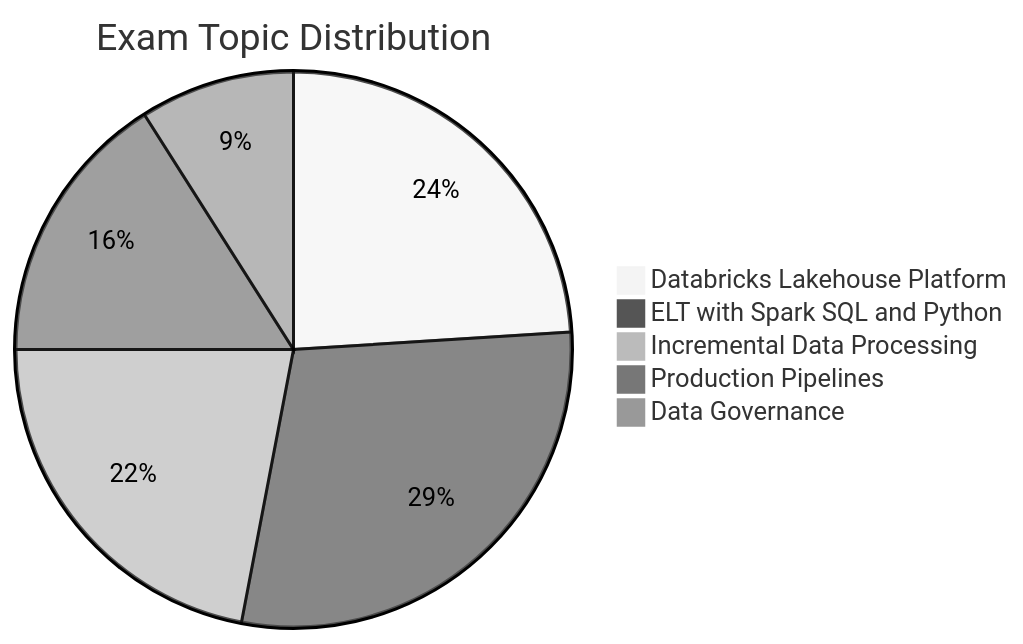
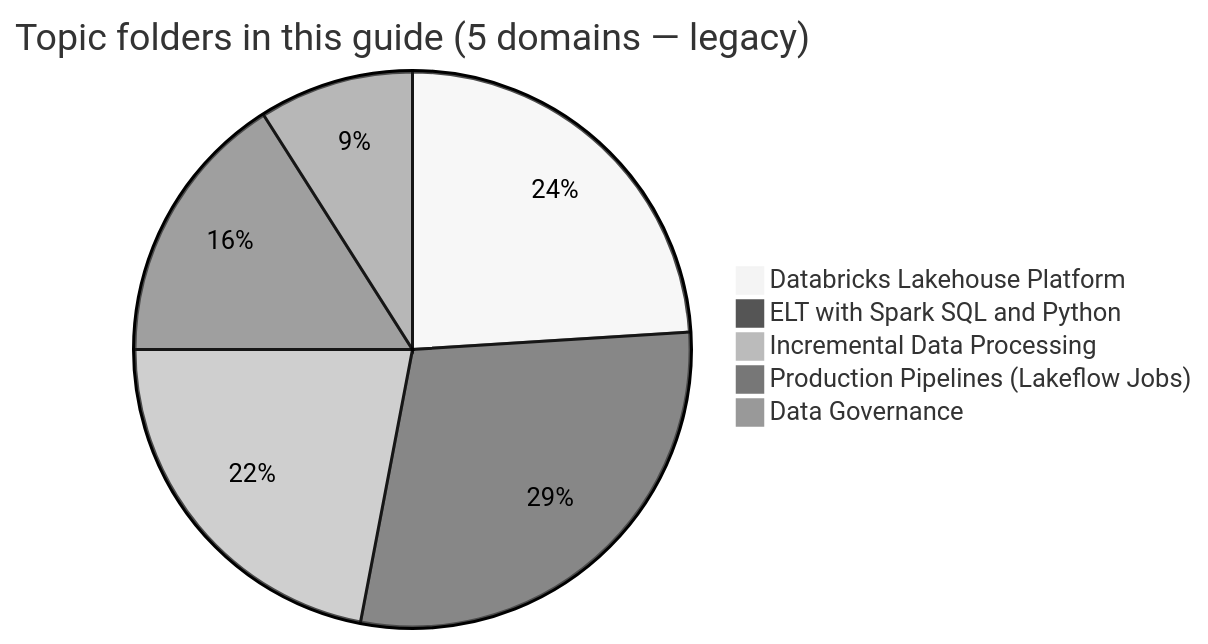
Before and after one commit to kengio/databricks-certification-study-guide: the diagram in certifications/data-engineer-associate/README.md, drawn with Mermaid (neutral theme). The commit also changed other lines of this file and 18 other files, not shown here.

````diff
--- a/certifications/data-engineer-associate/README.md
+++ b/certifications/data-engineer-associate/README.md
@@ -29,8 +44,8 @@
 ```mermaid
-pie title Exam Topic Distribution
+pie title Topic folders in this guide (5 domains — legacy)
     "Databricks Lakehouse Platform" : 24
     "ELT with Spark SQL and Python" : 29
     "Incremental Data Processing" : 22
-    "Production Pipelines" : 16
+    "Production Pipelines (Lakeflow Jobs)" : 16
     "Data Governance" : 9
 ```
````
